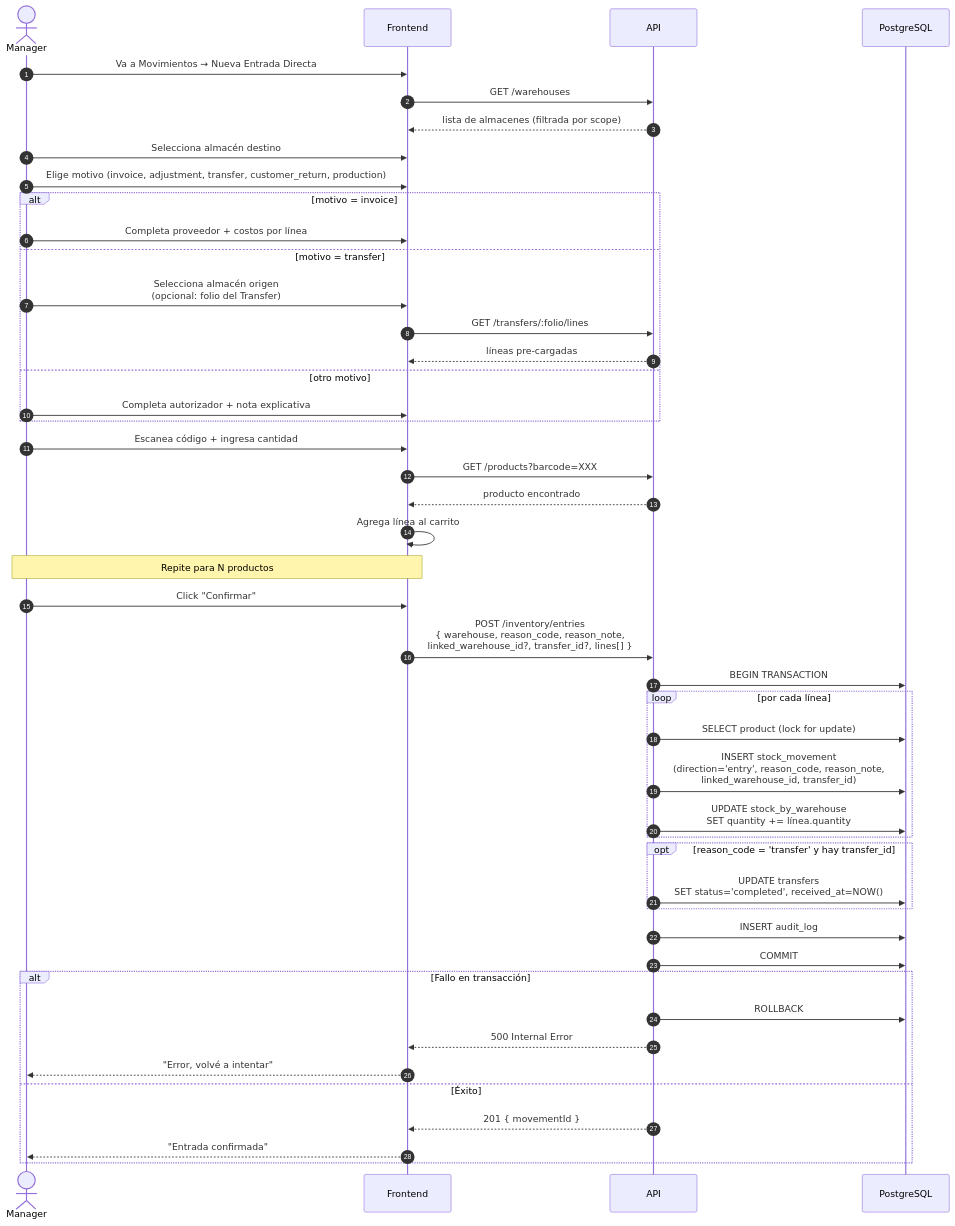
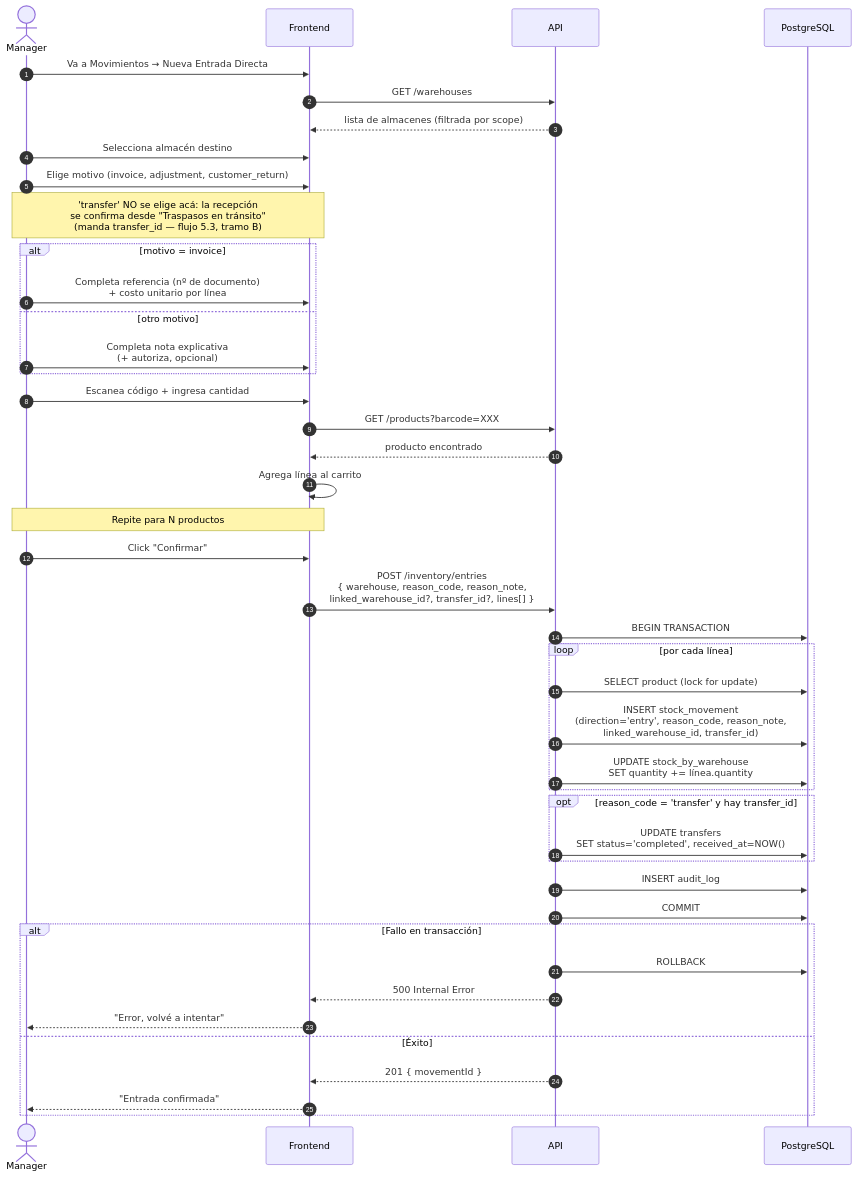
One commit to carloshlm/sellpoint changed the sixth of 12 diagrams in FLUJOS.md. Above: the diagram before and after it, drawn with Mermaid. The commit also changed other lines of this file and 4 other files, not shown here.

````diff
--- a/FLUJOS.md
+++ b/FLUJOS.md
@@ -213,58 +213,55 @@
 ```mermaid
 sequenceDiagram
     autonumber
     actor M as Manager
     participant F as Frontend
     participant API as API
     participant DB as PostgreSQL
 
     M->>F: Va a Movimientos → Nueva Entrada Directa
     F->>API: GET /warehouses
     API-->>F: lista de almacenes (filtrada por scope)
     M->>F: Selecciona almacén destino
-    M->>F: Elige motivo (invoice, adjustment, transfer, customer_return, production)
+    M->>F: Elige motivo (invoice, adjustment, customer_return)
+    Note over M,F: 'transfer' NO se elige acá: la recepción<br/>se confirma desde "Traspasos en tránsito"<br/>(manda transfer_id — flujo 5.3, tramo B)
 
     alt motivo = invoice
-        M->>F: Completa proveedor + costos por línea
-    else motivo = transfer
-        M->>F: Selecciona almacén origen<br/>(opcional: folio del Transfer)
-        F->>API: GET /transfers/:folio/lines
-        API-->>F: líneas pre-cargadas
+        M->>F: Completa referencia (nº de documento)<br/>+ costo unitario por línea
     else otro motivo
-        M->>F: Completa autorizador + nota explicativa
+        M->>F: Completa nota explicativa<br/>(+ autoriza, opcional)
     end
 
     M->>F: Escanea código + ingresa cantidad
     F->>API: GET /products?barcode=XXX
     API-->>F: producto encontrado
     F->>F: Agrega línea al carrito
 
     Note over M,F: Repite para N productos
 
     M->>F: Click "Confirmar"
     F->>API: POST /inventory/entries<br/>{ warehouse, reason_code, reason_note,<br/>linked_warehouse_id?, transfer_id?, lines[] }
 
     API->>DB: BEGIN TRANSACTION
 
     loop por cada línea
         API->>DB: SELECT product (lock for update)
         API->>DB: INSERT stock_movement<br/>(direction='entry', reason_code, reason_note,<br/>linked_warehouse_id, transfer_id)
         API->>DB: UPDATE stock_by_warehouse<br/>SET quantity += línea.quantity
     end
 
     opt reason_code = 'transfer' y hay transfer_id
         API->>DB: UPDATE transfers<br/>SET status='completed', received_at=NOW()
     end
 
     API->>DB: INSERT audit_log
     API->>DB: COMMIT
 
     alt Fallo en transacción
         API->>DB: ROLLBACK
         API-->>F: 500 Internal Error
         F-->>M: "Error, volvé a intentar"
     else Éxito
         API-->>F: 201 { movementId }
         F-->>M: "Entrada confirmada"
     end
 ```
````
